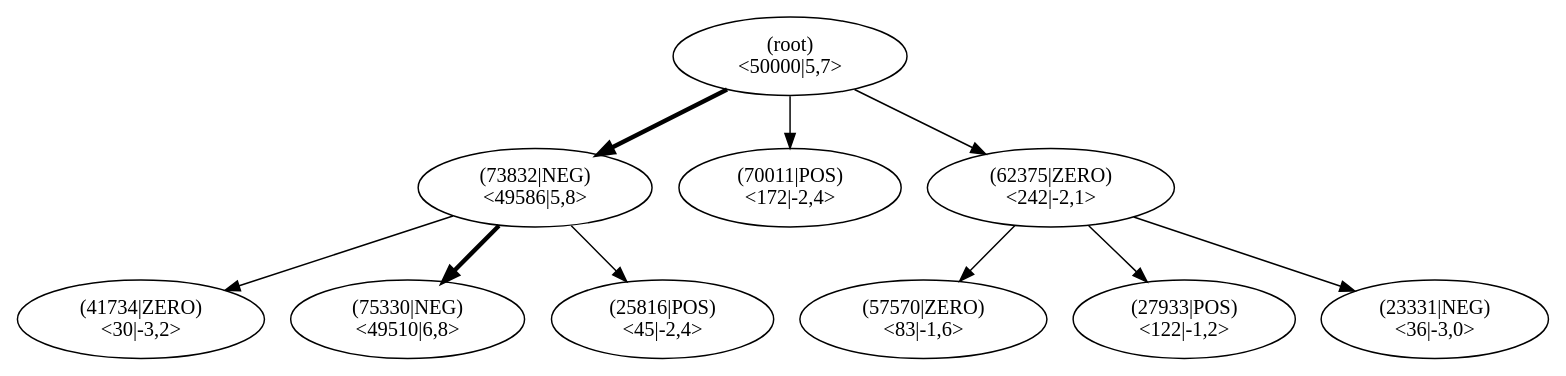
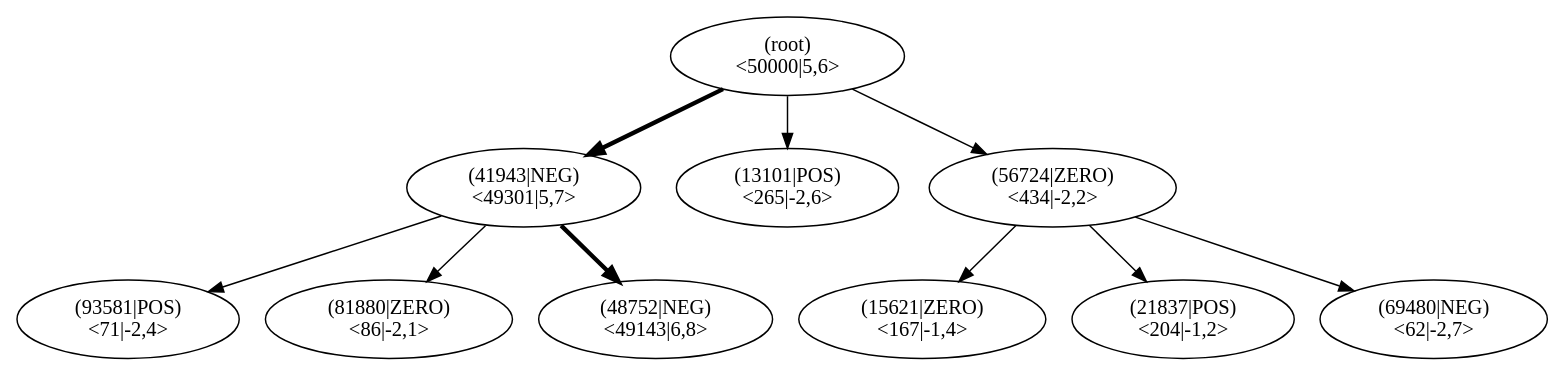
One commit to JonasHellgren/relexp-java changed the diagram in pictures/ch13/lane_test_mcts.dot. Above: the diagram before and after it, drawn with Graphviz. The commit also changed 97 other files, not shown here.

```diff
--- a/pictures/ch13/lane_test_mcts.dot
+++ b/pictures/ch13/lane_test_mcts.dot
@@ -1,32 +1,32 @@
 digraph MCTS {
 node [shape=ellipse];
 Nroot [label="(root)
-<50000|5,7>"];
-Nroot -> N73832[penwidth=3];
-N73832 [label="(73832|NEG)
-<49586|5,8>"];
-N73832 -> N41734[penwidth=1];
-N41734 [label="(41734|ZERO)
-<30|-3,2>"];
-N73832 -> N75330[penwidth=3];
-N75330 [label="(75330|NEG)
-<49510|6,8>"];
-N73832 -> N25816[penwidth=1];
-N25816 [label="(25816|POS)
-<45|-2,4>"];
-Nroot -> N70011[penwidth=1];
-N70011 [label="(70011|POS)
-<172|-2,4>"];
-Nroot -> N62375[penwidth=1];
-N62375 [label="(62375|ZERO)
-<242|-2,1>"];
-N62375 -> N57570[penwidth=1];
-N57570 [label="(57570|ZERO)
-<83|-1,6>"];
-N62375 -> N27933[penwidth=1];
-N27933 [label="(27933|POS)
-<122|-1,2>"];
-N62375 -> N23331[penwidth=1];
-N23331 [label="(23331|NEG)
-<36|-3,0>"];
+<50000|5,6>"];
+Nroot -> N41943[penwidth=3];
+N41943 [label="(41943|NEG)
+<49301|5,7>"];
+N41943 -> N93581[penwidth=1];
+N93581 [label="(93581|POS)
+<71|-2,4>"];
+N41943 -> N81880[penwidth=1];
+N81880 [label="(81880|ZERO)
+<86|-2,1>"];
+N41943 -> N48752[penwidth=3];
+N48752 [label="(48752|NEG)
+<49143|6,8>"];
+Nroot -> N13101[penwidth=1];
+N13101 [label="(13101|POS)
+<265|-2,6>"];
+Nroot -> N56724[penwidth=1];
+N56724 [label="(56724|ZERO)
+<434|-2,2>"];
+N56724 -> N15621[penwidth=1];
+N15621 [label="(15621|ZERO)
+<167|-1,4>"];
+N56724 -> N21837[penwidth=1];
+N21837 [label="(21837|POS)
+<204|-1,2>"];
+N56724 -> N69480[penwidth=1];
+N69480 [label="(69480|NEG)
+<62|-2,7>"];
 }
```
